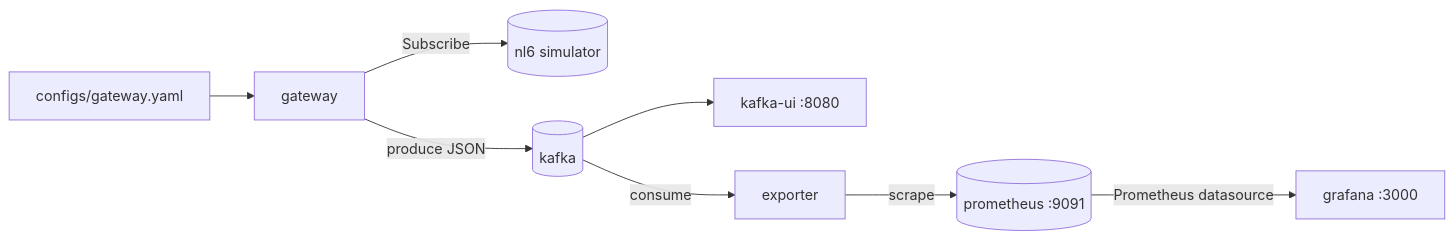
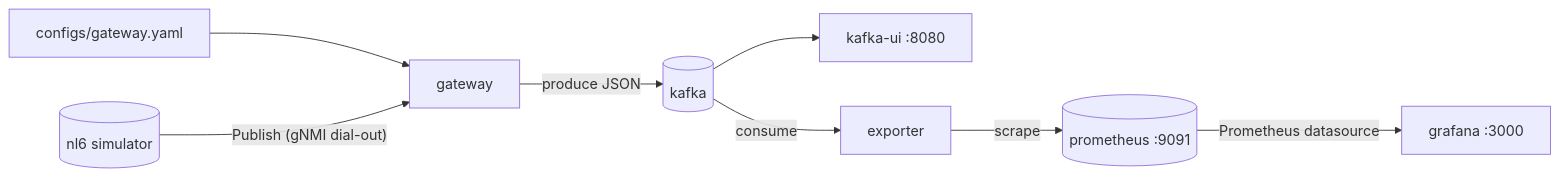
Before and after one commit to indigo423/gnmi-kafka-producer: the first of 2 diagrams in README.md, drawn with Mermaid. The commit also changed other lines of this file and 12 other files, not shown here.

First line of the commit message:
feat: gNMI dial-out collector (gNMIReverse) + decoupled demo topology (#16)

````diff
--- a/README.md
+++ b/README.md
@@ -7,19 +9,19 @@
 ```mermaid
 flowchart LR
     gconf[configs/gateway.yaml]
     GW[gateway]
     NL6[(nl6 simulator)]
     K[(kafka)]
     UI[kafka-ui :8080]
     EX[exporter]
     P[(prometheus :9091)]
     GF[grafana :3000]
 
     gconf --> GW
-    GW -- Subscribe --> NL6
+    NL6 -- "Publish (gNMI dial-out)" --> GW
     GW -- produce JSON --> K
     K --> UI
     K -- consume --> EX
     EX -- scrape --> P
     P -- Prometheus datasource --> GF
 ```
````
